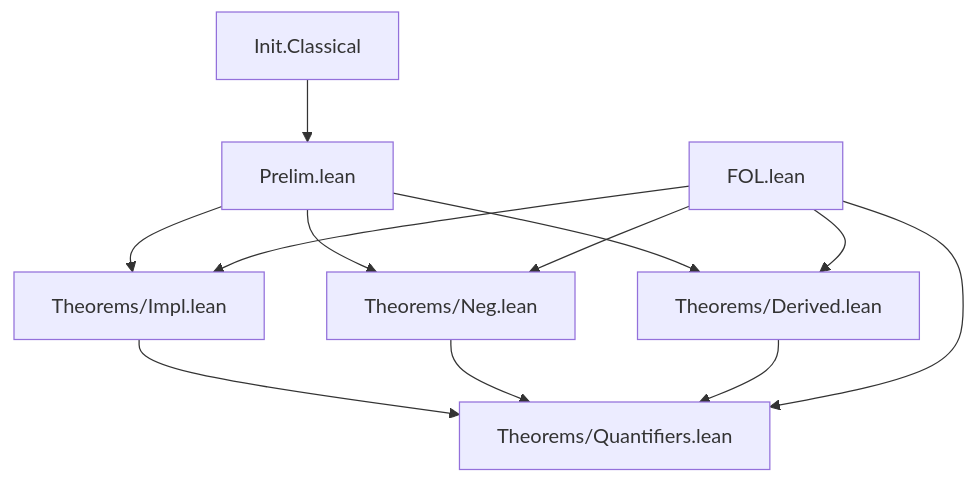
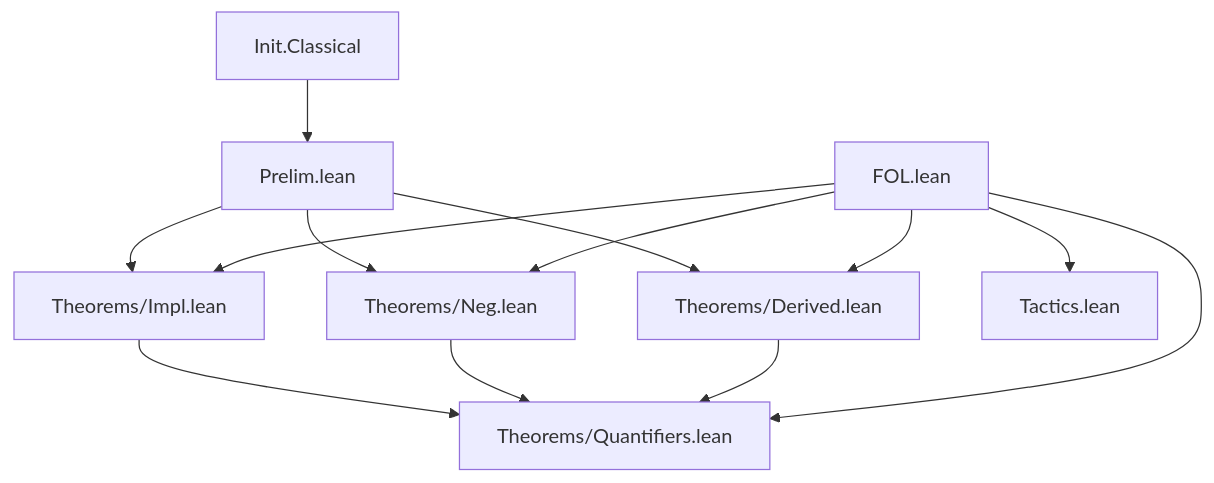
The diagram in REFERENCE.md (julian1c2a/FOL), drawn with Mermaid before and after one commit. The commit also changed other lines of this file and 14 other files, not shown here.

````diff
--- a/REFERENCE.md
+++ b/REFERENCE.md
@@ -104,14 +105,15 @@
 ```mermaid
 graph TD
     IC[Init.Classical] --> P[Prelim.lean]
     P --> I[Theorems/Impl.lean]
     F[FOL.lean] --> I
     P --> N[Theorems/Neg.lean]
     F --> N
     P --> D[Theorems/Derived.lean]
     F --> D
     I --> Q[Theorems/Quantifiers.lean]
     N --> Q
     D --> Q
     F --> Q
+    F --> T[Tactics.lean]
 ```
````
